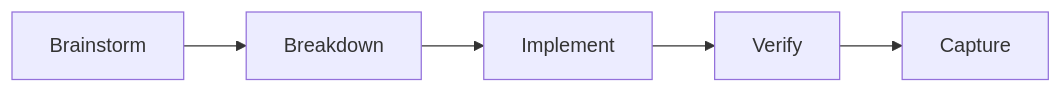
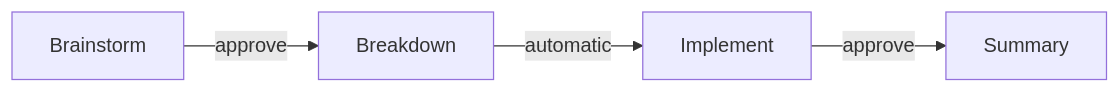
Before and after one commit to leiwu0227/specdev-cli: the diagram in README.md, drawn with Mermaid. The commit also changed other lines of this file and 4 other files, not shown here.

First line of the commit message:
docs: update workflow docs — 4 phases, breakdown is automatic, add reviewloop

````diff
--- a/README.md
+++ b/README.md
@@ -5,7 +5,6 @@
 ```mermaid
 graph LR
-    B[Brainstorm] --> D[Breakdown]
-    D --> I[Implement]
-    I --> V[Verify]
-    V --> C[Capture]
+    B[Brainstorm] -->|approve| D[Breakdown]
+    D -->|automatic| I[Implement]
+    I -->|approve| S[Summary]
 ```
````
